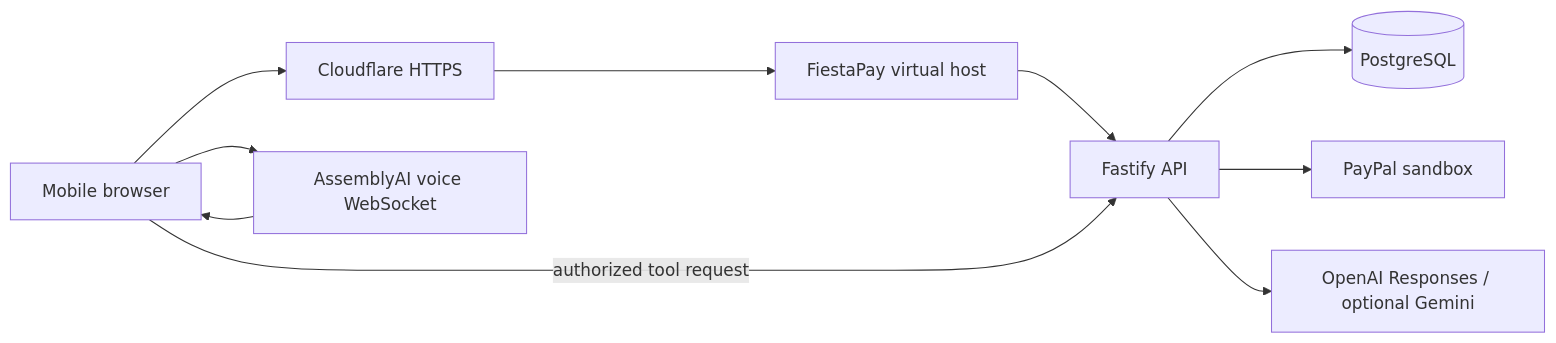
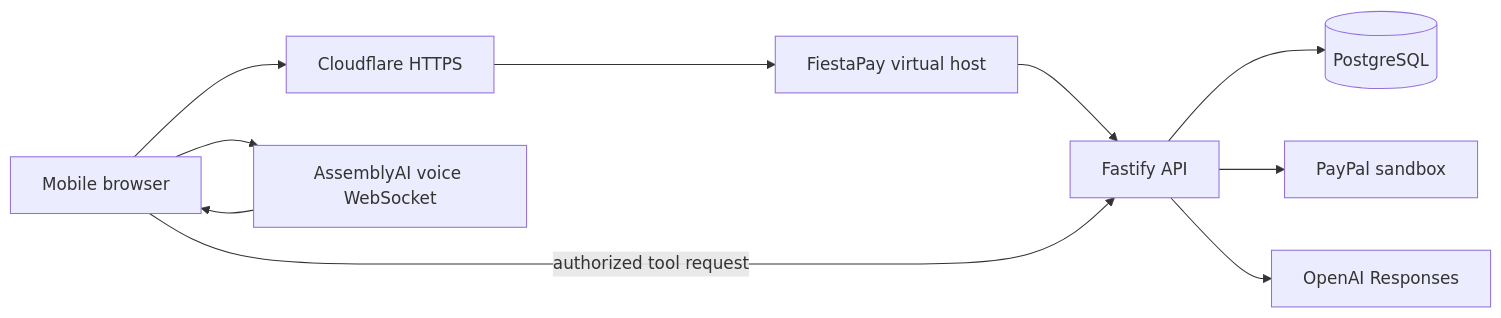
The diagram in docs/ARCHITECTURE.md (jlmawyin/fiestapay), drawn with Mermaid before and after one commit. The commit also changed other lines of this file and 46 other files, not shown here.

````diff
--- a/docs/ARCHITECTURE.md
+++ b/docs/ARCHITECTURE.md
@@ -5,12 +5,12 @@
 ```mermaid
 flowchart LR
   Browser[Mobile browser] --> CF[Cloudflare HTTPS]
   CF --> Nginx[FiestaPay virtual host]
   Nginx --> API[Fastify API]
   API --> DB[(PostgreSQL)]
   API --> PayPal[PayPal sandbox]
-  API --> LLM[OpenAI Responses / optional Gemini]
+  API --> LLM[OpenAI Responses]
   Browser --> Voice[AssemblyAI voice WebSocket]
   Voice --> Browser
   Browser -->|authorized tool request| API
 ```
````
